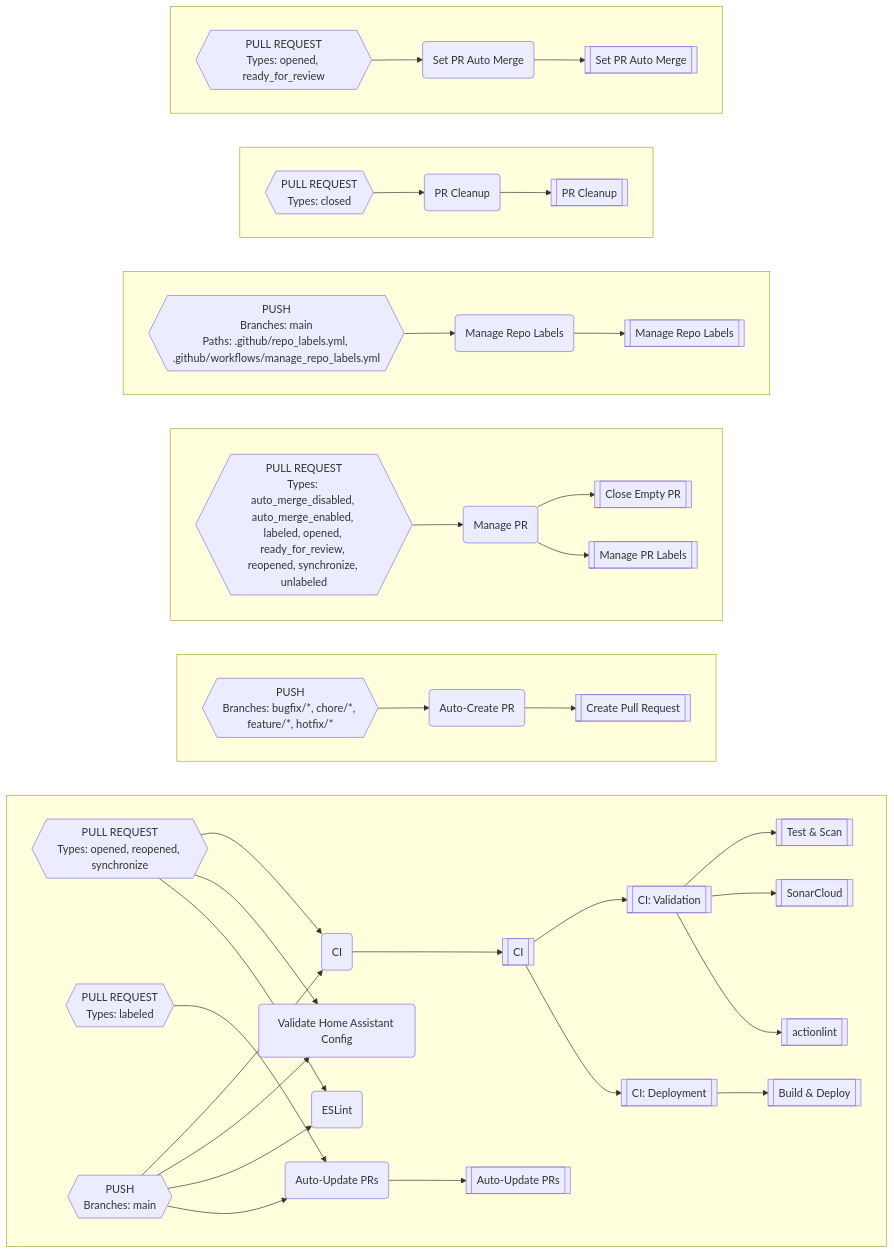
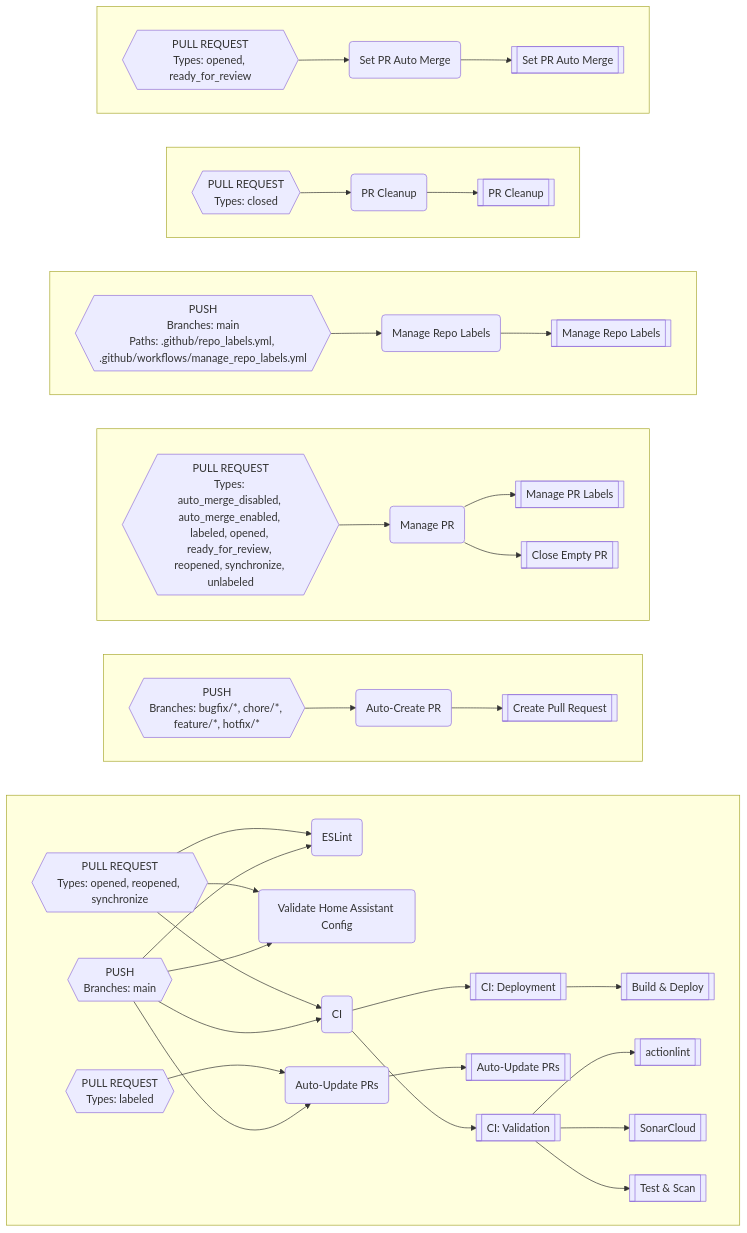
One commit to worgarside/github-config-files changed the diagram in README.md. Above: the diagram before and after it, drawn with Mermaid. The commit also changed 2 other files, not shown here.

Commit message:
Remove CI middle man

````diff
--- a/README.md
+++ b/README.md
@@ -355,96 +355,94 @@
 ```mermaid
 flowchart LR
+subgraph CN[" "]
+direction LR
+K-->D
+CJ-->BY
+CJ-->CC
+CJ-->CH
+BO-->BN
+BN-->AL
+CK-->BN
+CK-->BY
+CK-->CC
+CK-->CH
+CH-->K
+CH-->R
+R-->A
+R-->AV
+R-->AY
+end
+subgraph CO[" "]
+direction LR
+BC-->BB
+BB-->AA
+end
+subgraph CP[" "]
+direction LR
+BF-->BE
+BE-->AE
+BE-->W
+end
 subgraph CQ[" "]
 direction LR
-O-->D
-CN-->CC
-CN-->CG
-CN-->CL
-BS-->BR
-BR-->AP
-CO-->BR
-CO-->CC
-CO-->CG
-CO-->CL
-CL-->K
-K-->O
-K-->V
-V-->A
-V-->AZ
-V-->BC
+BK-->BJ
+BJ-->AI
 end
 subgraph CR[" "]
 direction LR
-BG-->BF
-BF-->AE
+BS-->BR
+BR-->AO
 end
 subgraph CS[" "]
 direction LR
-BJ-->BI
-BI-->AA
-BI-->AI
-end
-subgraph CT[" "]
-direction LR
-BO-->BN
-BN-->AM
-end
-subgraph CU[" "]
-direction LR
-BW-->BV
-BV-->AS
-end
-subgraph CV[" "]
-direction LR
-BZ-->BY
-BY-->AW
+BV-->BU
+BU-->AS
 end
 A[["actionlint"]]
-AA[["Close Empty PR"]]
-AE[["Create Pull Request"]]
-AI[["Manage PR Labels"]]
-AM[["Manage Repo Labels"]]
-AP[["Auto-Update PRs"]]
-AS[["PR Cleanup"]]
-AW[["Set PR Auto Merge"]]
-AZ[["SonarCloud"]]
-BC[["Test & Scan"]]
-BF("Auto-Create PR")
-BG{{"PUSH
+AA[["Create Pull Request"]]
+AE[["Manage PR Labels"]]
+AI[["Manage Repo Labels"]]
+AL[["Auto-Update PRs"]]
+AO[["PR Cleanup"]]
+AS[["Set PR Auto Merge"]]
+AV[["SonarCloud"]]
+AY[["Test & Scan"]]
+BB("Auto-Create PR")
+BC{{"PUSH
 Branches: bugfix/*, chore/*, feature/*, hotfix/*
 "}}
-BI("Manage PR")
-BJ{{"PULL REQUEST
+BE("Manage PR")
+BF{{"PULL REQUEST
 Types: auto_merge_disabled, auto_merge_enabled, labeled, opened, ready_for_review, reopened, synchronize, unlabeled
 "}}
-BN("Manage Repo Labels")
-BO{{"PUSH
+BJ("Manage Repo Labels")
+BK{{"PUSH
 Branches: main
 Paths: .github/repo_labels.yml, .github/workflows/manage_repo_labels.yml
 "}}
-BR("Auto-Update PRs")
-BS{{"PULL REQUEST
+BN("Auto-Update PRs")
+BO{{"PULL REQUEST
 Types: labeled
 "}}
-BV("PR Cleanup")
-BW{{"PULL REQUEST
+BR("PR Cleanup")
+BS{{"PULL REQUEST
 Types: closed
 "}}
-BY("Set PR Auto Merge")
-BZ{{"PULL REQUEST
+BU("Set PR Auto Merge")
+BV{{"PULL REQUEST
 Types: opened, ready_for_review
 "}}
-CC("ESLint")
-CG("Validate Home Assistant Config")
-CL("CI")
-CN{{"PULL REQUEST
+BY("ESLint")
+CC("Validate Home Assistant Config")
+CH("CI")
+CJ{{"PULL REQUEST
 Types: opened, reopened, synchronize
 "}}
-CO{{"PUSH
+CK{{"PUSH
 Branches: main
 "}}
 D[["Build & Deploy"]]
-K[["CI"]]
-O[["CI: Deployment"]]
-V[["CI: Validation"]]
+K[["CI: Deployment"]]
+R[["CI: Validation"]]
+W[["Close Empty PR"]]
 ```
````
